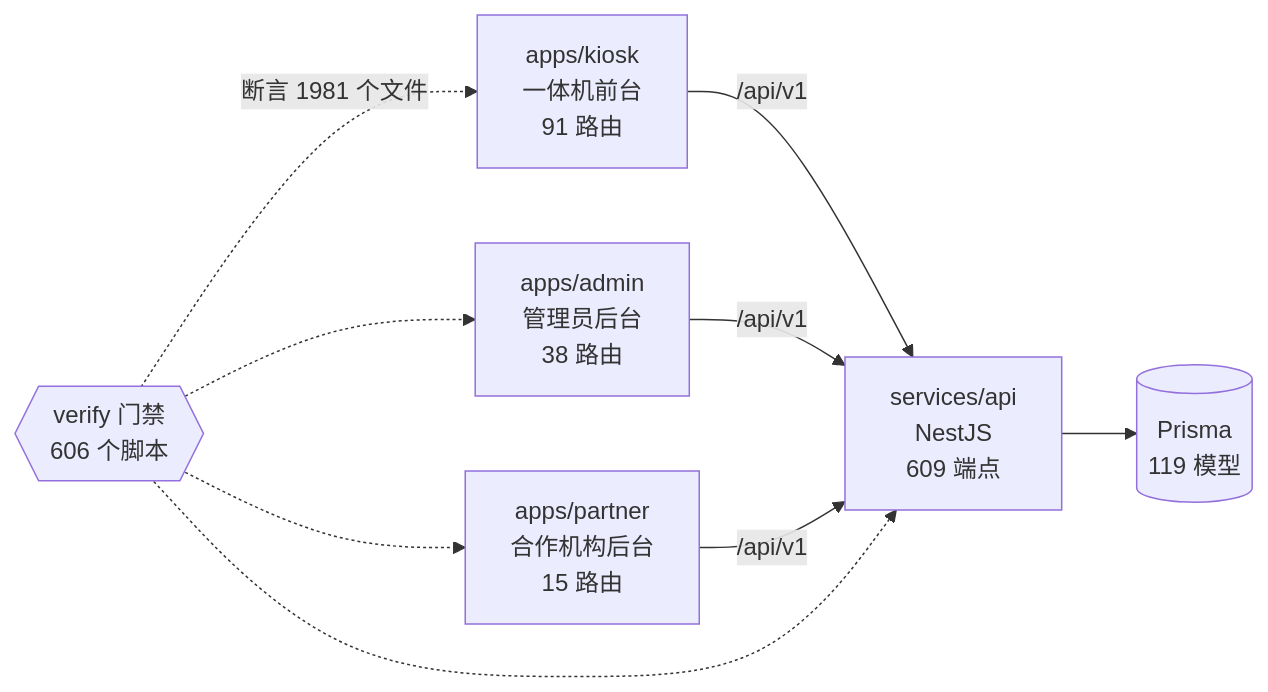
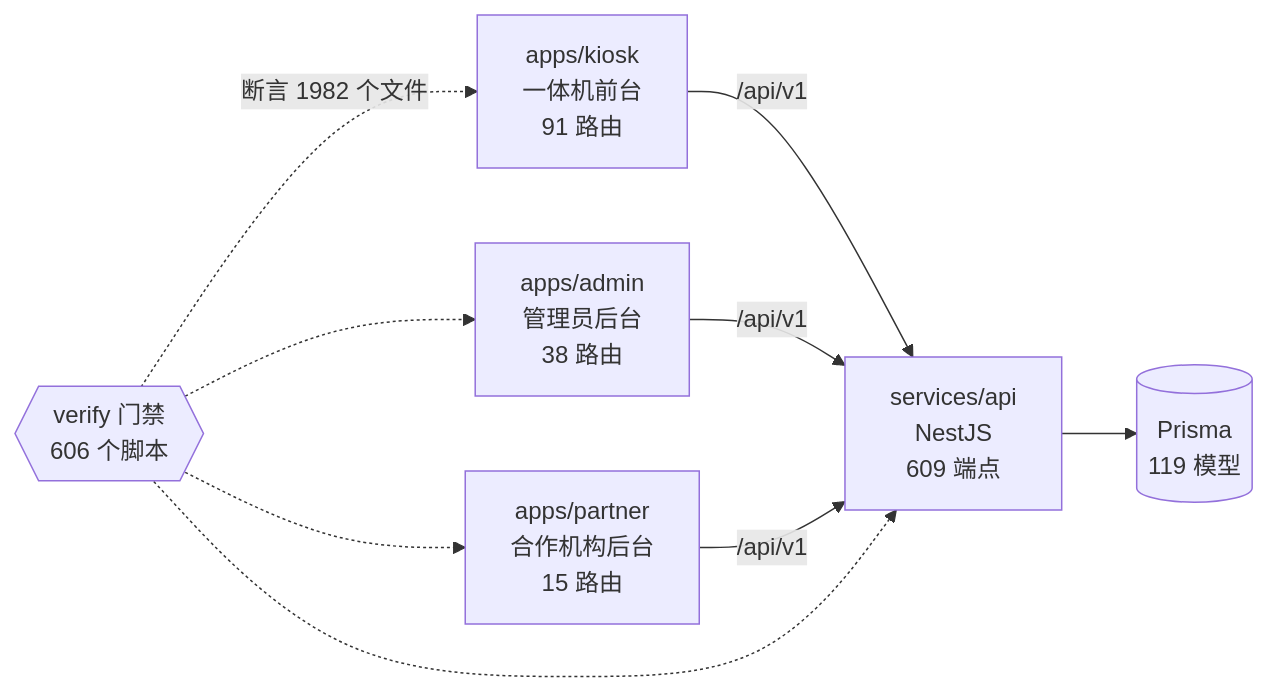
Before and after one commit to wanglei581/YITIJI: the diagram in docs/graph/README.md, drawn with Mermaid. The commit also changed other lines of this file and 2 other files, not shown here.

Commit message:
chore(graph): B6 一体机第一段叠到收口批次后重生图谱

````diff
--- a/docs/graph/README.md
+++ b/docs/graph/README.md
@@ -68,18 +68,18 @@
 ```mermaid
 flowchart LR
   kiosk["apps/kiosk<br/>一体机前台<br/>91 路由"]
   admin["apps/admin<br/>管理员后台<br/>38 路由"]
   partner["apps/partner<br/>合作机构后台<br/>15 路由"]
   api["services/api<br/>NestJS<br/>609 端点"]
   db[("Prisma<br/>119 模型")]
   gates{{"verify 门禁<br/>606 个脚本"}}
 
   kiosk -->|"/api/v1"| api
   admin -->|"/api/v1"| api
   partner -->|"/api/v1"| api
   api --> db
-  gates -.->|"断言 1981 个文件"| kiosk
+  gates -.->|"断言 1982 个文件"| kiosk
   gates -.-> admin
   gates -.-> partner
   gates -.-> api
 ```
````
